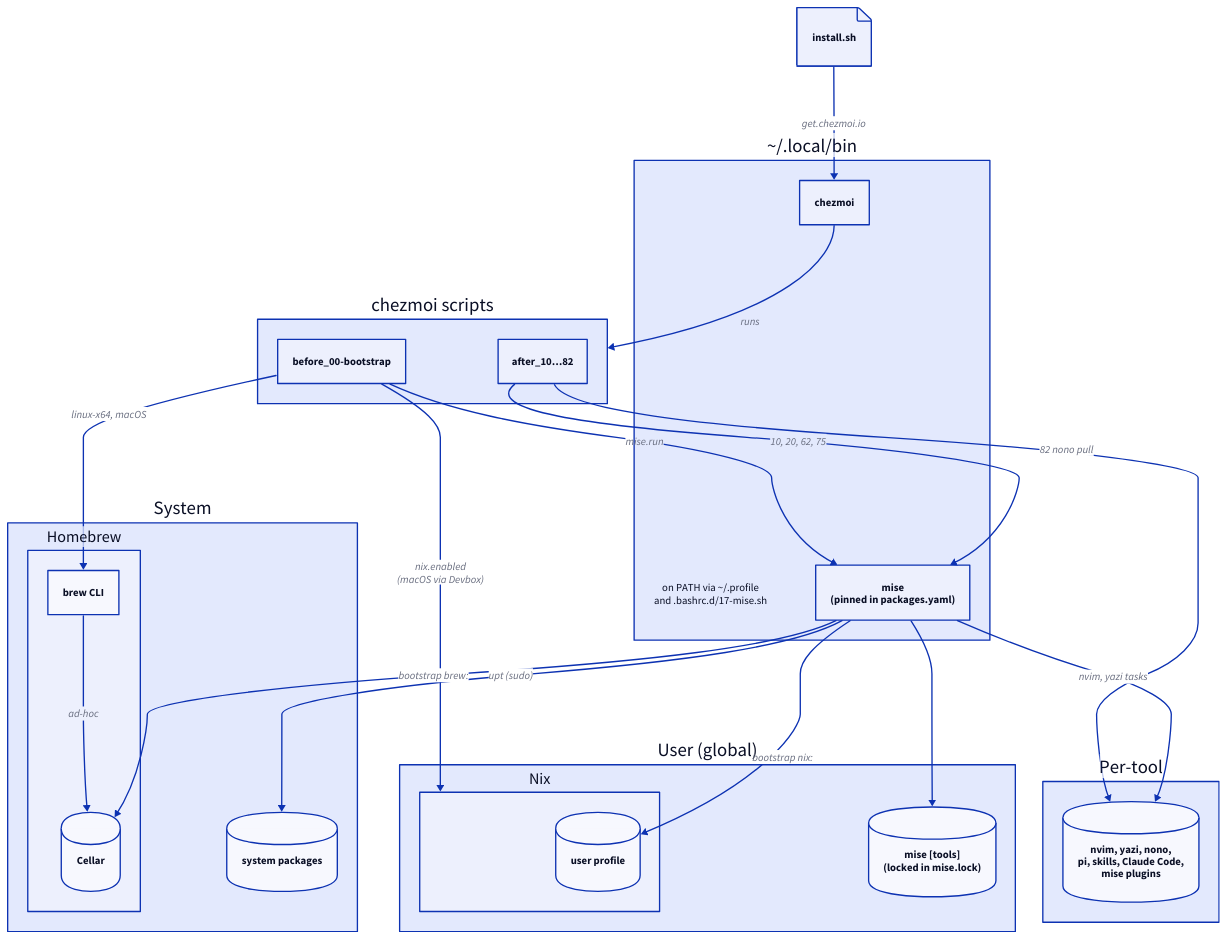
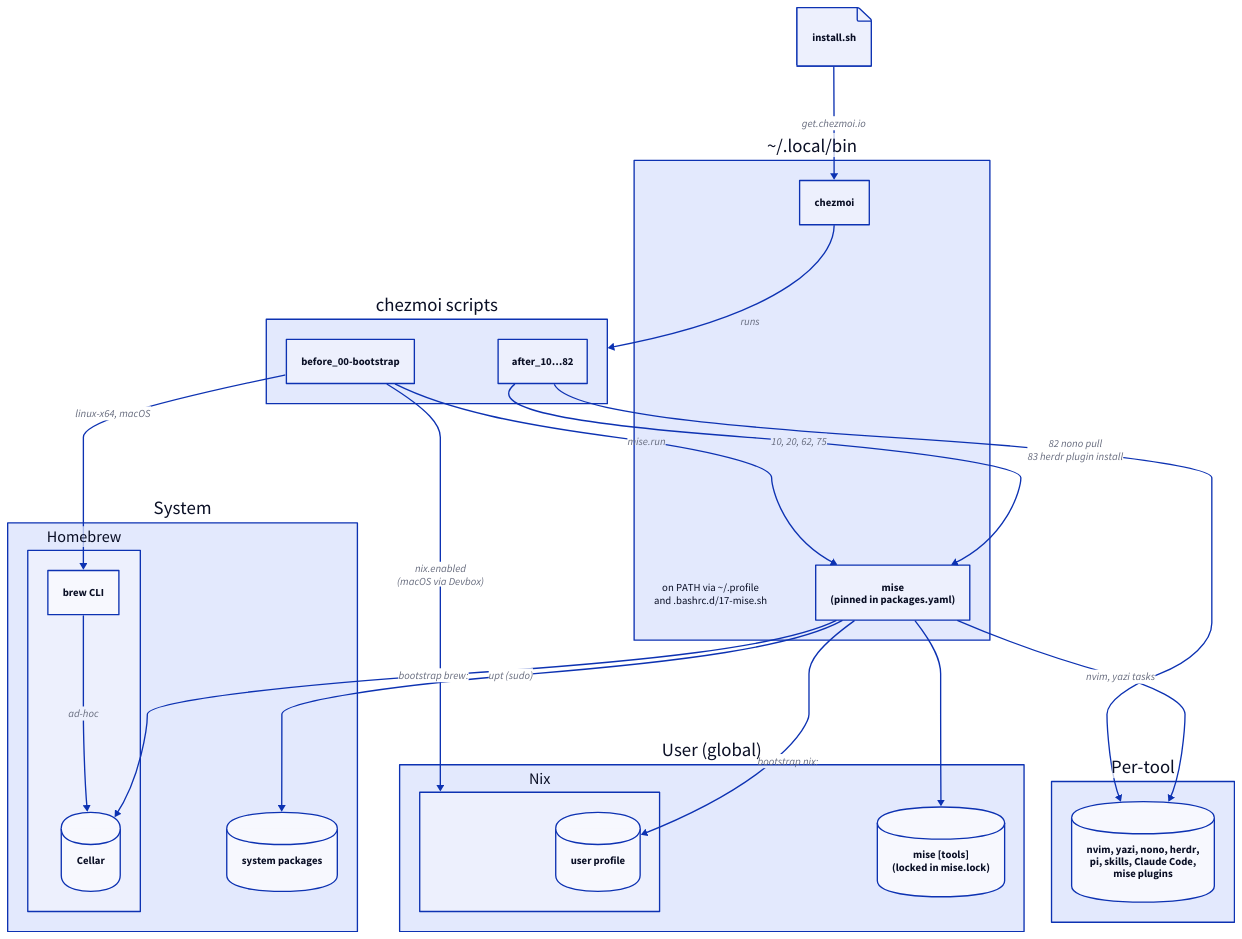
The first of 2 diagrams in docs/package_managers.md (german-molins/dotfiles), drawn with D2 before and after one commit. The commit also changed other lines of this file and 4 other files, not shown here.

First line of the commit message:
feat(chezmoi): declare Herdr plugins in packages.herdr

````diff
--- a/docs/package_managers.md
+++ b/docs/package_managers.md
@@ -22,49 +22,49 @@
 ```d2
 direction: down
 
 install: install.sh {shape: page}
 
 bin: "~/.local/bin" {
   note: "on PATH via ~/.profile\nand .bashrc.d/17-mise.sh" {shape: text}
   chezmoi
   mise: "mise\n(pinned in packages.yaml)"
 }
 
 scripts: chezmoi scripts {
   before: before_00-bootstrap
   after: after_10…82
 }
 
 system: System {
   brew: Homebrew {
     cli: brew CLI
     cellar: Cellar {shape: cylinder}
     cli -> cellar: ad-hoc
   }
   apt: system packages {shape: cylinder}
 }
 
 user: User (global) {
   nix: Nix {
     profile: user profile {shape: cylinder}
   }
   tools: "mise [tools]\n(locked in mise.lock)" {shape: cylinder}
 }
 
 pertool: Per-tool {
-  plugins: "nvim, yazi, nono,\npi, skills, Claude Code,\nmise plugins" {shape: cylinder}
+  plugins: "nvim, yazi, nono, herdr,\npi, skills, Claude Code,\nmise plugins" {shape: cylinder}
 }
 
 install -> bin.chezmoi: get.chezmoi.io
 bin.chezmoi -> scripts: runs
 scripts.before -> bin.mise: mise.run
 scripts.before -> system.brew.cli: "linux-x64, macOS"
 scripts.before -> user.nix: "nix.enabled\n(macOS via Devbox)"
 scripts.after -> bin.mise: "10, 20, 62, 75"
-scripts.after -> pertool.plugins: "82 nono pull"
+scripts.after -> pertool.plugins: "82 nono pull\n83 herdr plugin install"
 bin.mise -> user.tools
 bin.mise -> system.brew.cellar: "bootstrap brew:"
 bin.mise -> user.nix.profile: "bootstrap nix:"
 bin.mise -> system.apt: "upt (sudo)"
 bin.mise -> pertool.plugins: "nvim, yazi tasks"
 ```
````
